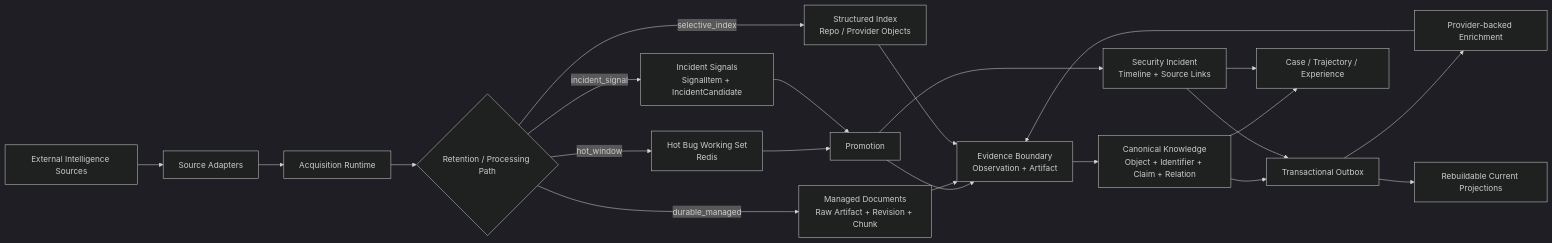
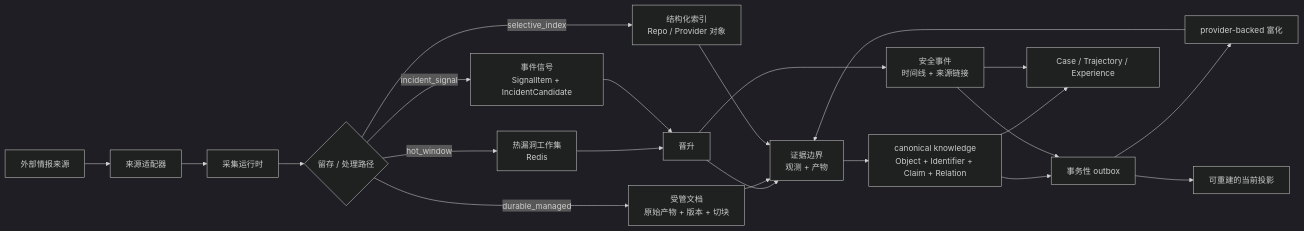
Before and after one commit to jiale-li-orion/SecFusionAgent: the diagram in README.zh.md, drawn with Mermaid (dark theme). The commit also changed other lines of this file, not shown here.

````diff
--- a/README.zh.md
+++ b/README.zh.md
@@ -30,39 +30,39 @@
 ```mermaid
 flowchart LR
-    EXT[External Intelligence Sources]
-    SRC[Source Adapters]
-    ACQ[Acquisition Runtime]
-    ROUTE{Retention / Processing Path}
+    EXT[外部情报来源]
+    SRC[来源适配器]
+    ACQ[采集运行时]
+    ROUTE{留存 / 处理路径}
 
-    HOT[Hot Bug Working Set\nRedis]
-    DOC[Managed Documents\nRaw Artifact + Revision + Chunk]
-    IDX[Structured Index\nRepo / Provider Objects]
-    SIG[Incident Signals\nSignalItem + IncidentCandidate]
+    HOT[热漏洞工作集\nRedis]
+    DOC[受管文档\n原始产物 + 版本 + 切块]
+    IDX[结构化索引\nRepo / Provider 对象]
+    SIG[事件信号\nSignalItem + IncidentCandidate]
 
-    PROMOTE[Promotion]
-    EVID[Evidence Boundary\nObservation + Artifact]
-    KNOW[Canonical Knowledge\nObject + Identifier + Claim + Relation]
-    INC[Security Incident\nTimeline + Source Links]
-    ENRICH[Provider-backed Enrichment]
-    OUTBOX[Transactional Outbox]
-    VIEW[Rebuildable Current Projections]
+    PROMOTE[晋升]
+    EVID[证据边界\n观测 + 产物]
+    KNOW[canonical knowledge\nObject + Identifier + Claim + Relation]
+    INC[安全事件\n时间线 + 来源链接]
+    ENRICH[provider-backed 富化]
+    OUTBOX[事务性 outbox]
+    VIEW[可重建的当前投影]
     CASE[Case / Trajectory / Experience]
 
     EXT --> SRC --> ACQ --> ROUTE
     ROUTE -->|hot_window| HOT --> PROMOTE
     ROUTE -->|durable_managed| DOC
     ROUTE -->|selective_index| IDX
     ROUTE -->|incident_signal| SIG --> PROMOTE
 
     PROMOTE --> EVID --> KNOW
     DOC --> EVID
     IDX --> EVID
     PROMOTE --> INC
 
     KNOW --> OUTBOX
     INC --> OUTBOX
     OUTBOX --> ENRICH --> EVID
     OUTBOX --> VIEW
     KNOW --> CASE
     INC --> CASE
 ```
````
